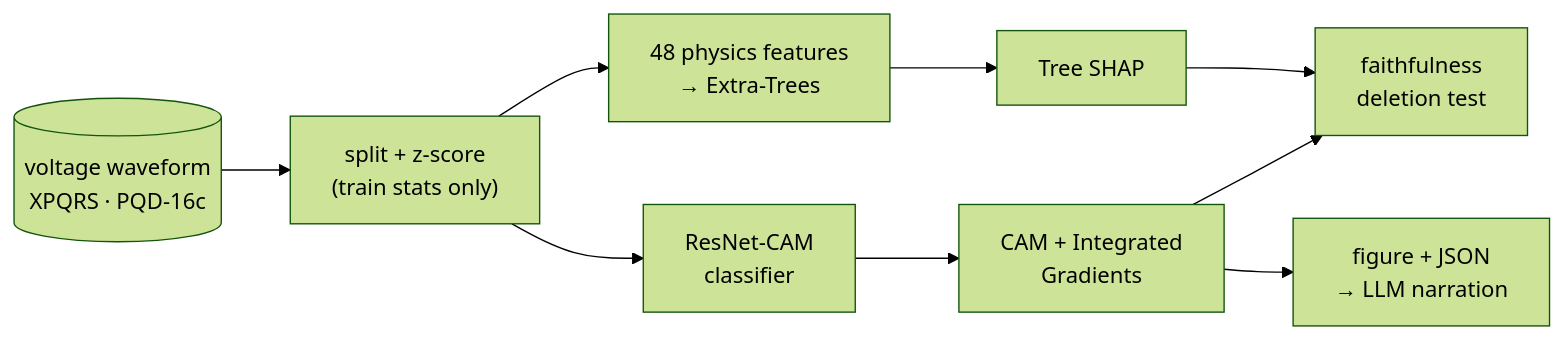
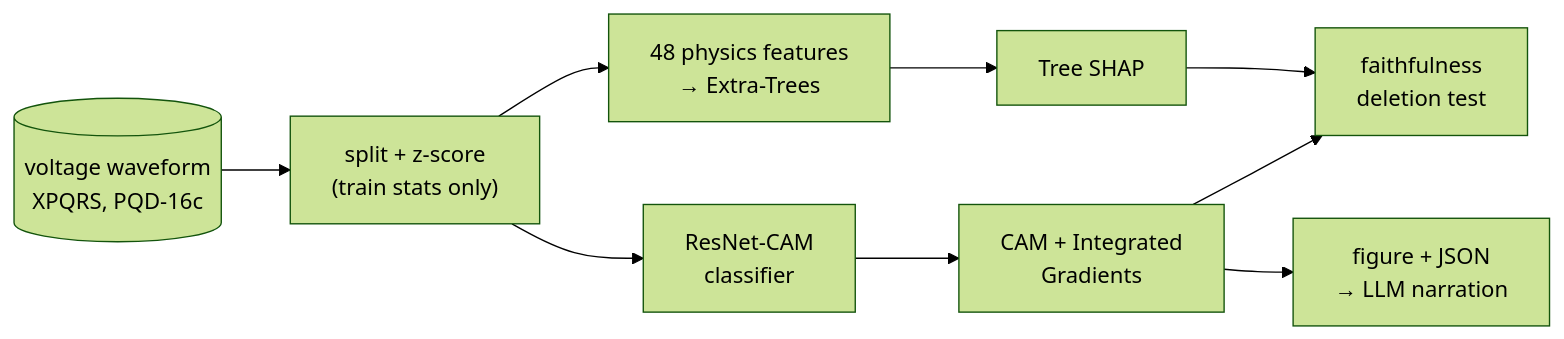
The diagram in README.md (Chethan616/xai), drawn with Mermaid (forest theme) before and after one commit. The commit also changed other lines of this file and 18 other files, not shown here.

Commit message:
Replace middle-dot separators with commas and pipes across docs, diagrams and GUI

````diff
--- a/README.md
+++ b/README.md
@@ -29,10 +29,10 @@
 ```mermaid
 flowchart LR
-    A[("voltage waveform<br/>XPQRS · PQD-16c")] --> B["split + z-score<br/>(train stats only)"]
+    A[("voltage waveform<br/>XPQRS, PQD-16c")] --> B["split + z-score<br/>(train stats only)"]
     B --> C["ResNet-CAM<br/>classifier"]
     B --> C2["48 physics features<br/>→ Extra-Trees"]
     C --> D["CAM + Integrated<br/>Gradients"]
     C2 --> D2["Tree SHAP"]
     D & D2 --> E["faithfulness<br/>deletion test"]
     D --> F["figure + JSON<br/>→ LLM narration"]
 ```
````
